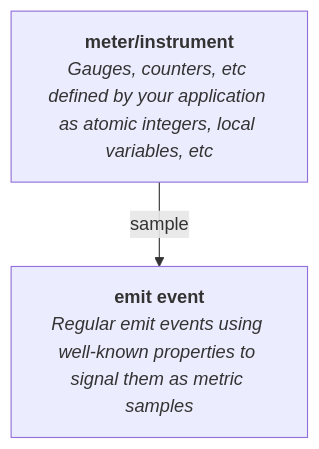
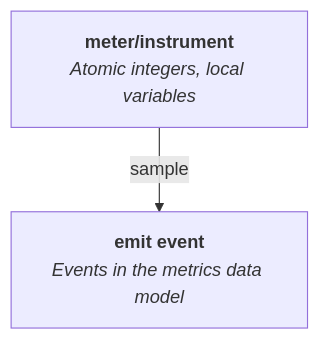
Before and after one commit to emit-rs/emit: the diagram in book/src/producing-events/metrics.md, drawn with Mermaid.

Commit message:
simplify the metrics diagram for mobile

````diff
--- a/book/src/producing-events/metrics.md
+++ b/book/src/producing-events/metrics.md
@@ -7,8 +7,8 @@
 ```mermaid
 flowchart
     meter["`**meter/instrument**
-    _Gauges, counters, etc defined by your application as atomic integers, local variables, etc_`"] -- sample --> emit
+    _Atomic integers, local variables_`"] -- sample --> emit
     emit["`**emit event**
-    _Regular emit events using well-known properties to signal them as metric samples_
+    _Events in the metrics data model_
     `"]
 ```
````
